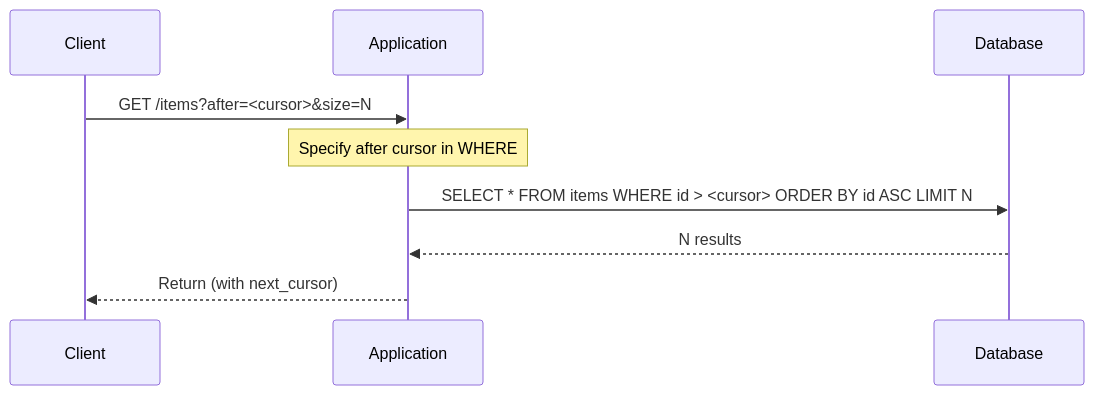
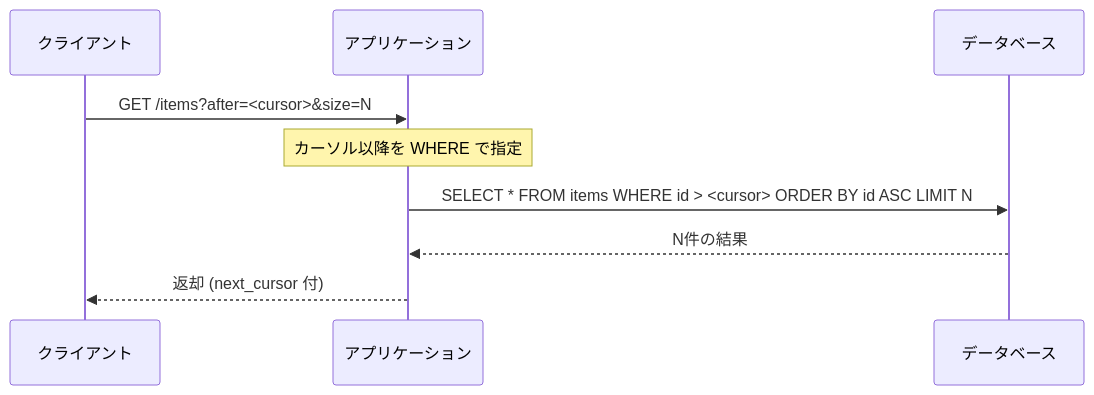
Before and after one commit to bmf-san/bmf-tech: the fourth of 4 diagrams in content/en/posts/pagination-impact-solutions-opa.md, drawn with Mermaid. The commit also changed other lines of this file and 425 other files, not shown here.

````diff
--- a/content/en/posts/pagination-impact-solutions-opa.md
+++ b/content/en/posts/pagination-impact-solutions-opa.md
@@ -87,12 +89,12 @@
 ```mermaid
 sequenceDiagram
-    participant Client as Client
-    participant App as Application
-    participant DB as Database
+    participant Client as クライアント
+    participant App as アプリケーション
+    participant DB as データベース
 
     Client->>App: GET /items?after=<cursor>&size=N
-    Note over App: Specify after cursor in WHERE
+    Note over App: カーソル以降を WHERE で指定
     App->>DB: SELECT * FROM items WHERE id > <cursor> ORDER BY id ASC LIMIT N
-    DB-->>App: N results
-    App-->>Client: Return (with next_cursor)
+    DB-->>App: N件の結果
+    App-->>Client: 返却 (next_cursor 付)
 ```
````
